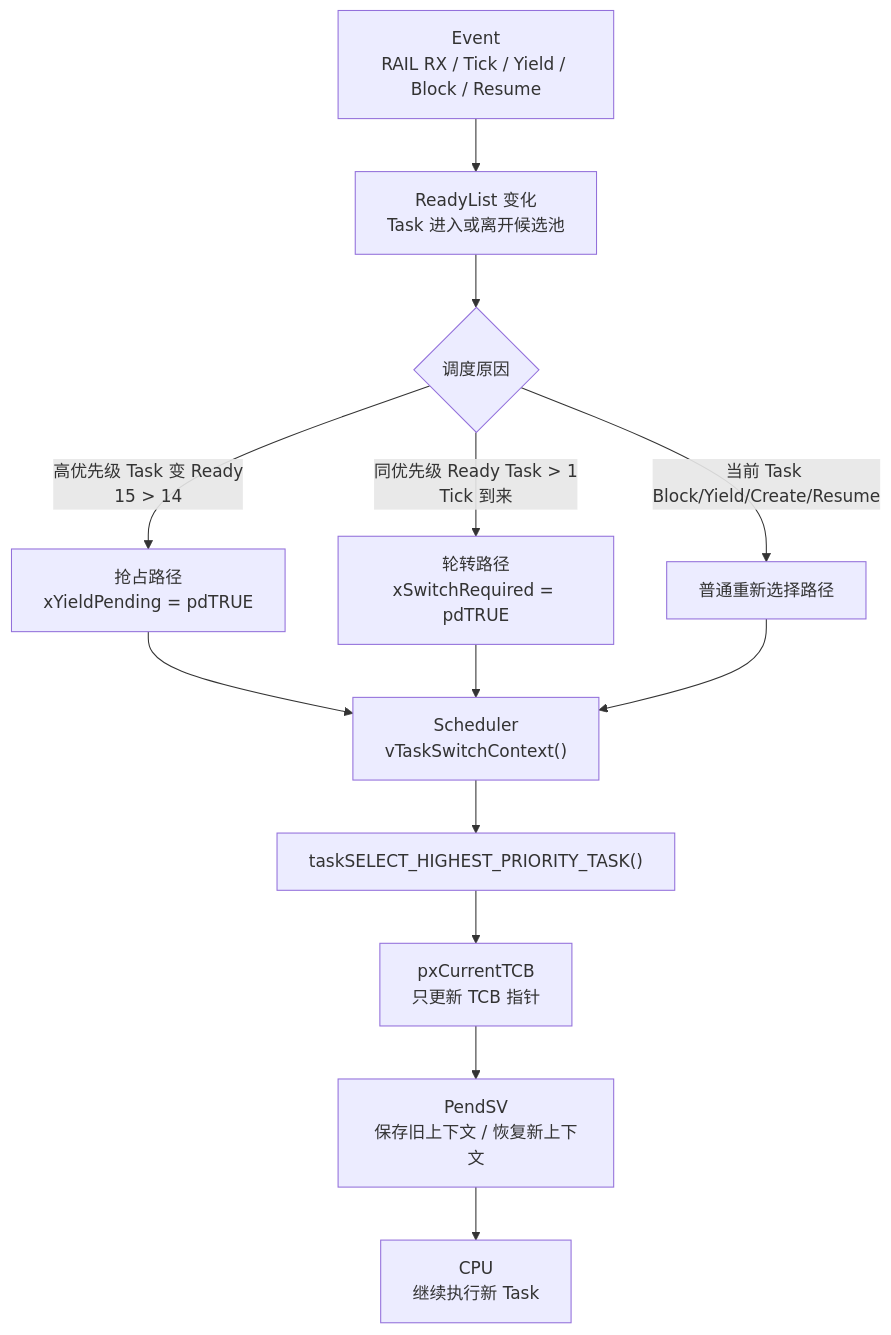
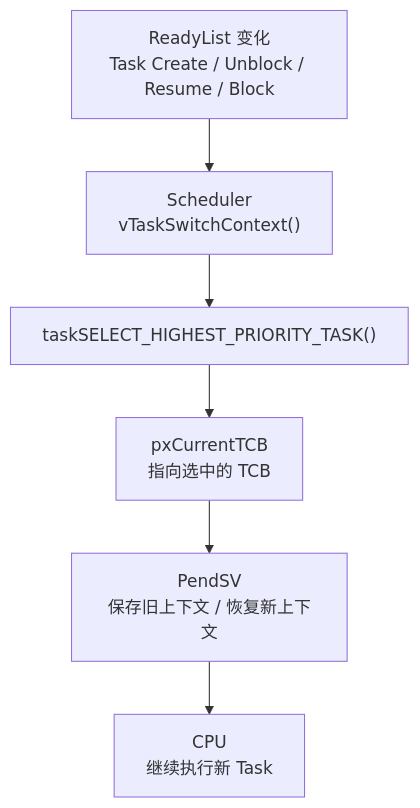
One commit to redamacy/embedded-system-notes changed the ninth of 9 diagrams in RTOS/003_FreeRTOS_Scheduler_ReadyList_Deep_Dive.md. Above: the diagram before and after it, drawn with Mermaid. The commit also changed other lines of this file, not shown here.

Commit message:
docs: refocus FreeRTOS scheduler deep dive

````diff
--- a/RTOS/003_FreeRTOS_Scheduler_ReadyList_Deep_Dive.md
+++ b/RTOS/003_FreeRTOS_Scheduler_ReadyList_Deep_Dive.md
@@ -1555,18 +1044,8 @@
 ```mermaid
 flowchart TD
-    A["Event<br/>RAIL RX / Tick / Yield / Block / Resume"] --> B["ReadyList 变化<br/>Task 进入或离开候选池"]
-    B --> C{"调度原因"}
-
-    C -- "高优先级 Task 变 Ready<br/>15 > 14" --> D["抢占路径<br/>xYieldPending = pdTRUE"]
-    C -- "同优先级 Ready Task > 1<br/>Tick 到来" --> E["轮转路径<br/>xSwitchRequired = pdTRUE"]
-    C -- "当前 Task Block/Yield/Create/Resume" --> F["普通重新选择路径"]
-
-    D --> G["Scheduler<br/>vTaskSwitchContext()"]
-    E --> G
-    F --> G
-
-    G --> H["taskSELECT_HIGHEST_PRIORITY_TASK()"]
-    H --> I["pxCurrentTCB<br/>只更新 TCB 指针"]
-    I --> J["PendSV<br/>保存旧上下文 / 恢复新上下文"]
-    J --> K["CPU<br/>继续执行新 Task"]
+    A["ReadyList 变化<br/>Task Create / Unblock / Resume / Block"] --> B["Scheduler<br/>vTaskSwitchContext()"]
+    B --> C["taskSELECT_HIGHEST_PRIORITY_TASK()"]
+    C --> D["pxCurrentTCB<br/>指向选中的 TCB"]
+    D --> E["PendSV<br/>保存旧上下文 / 恢复新上下文"]
+    E --> F["CPU<br/>继续执行新 Task"]
 ```
````
